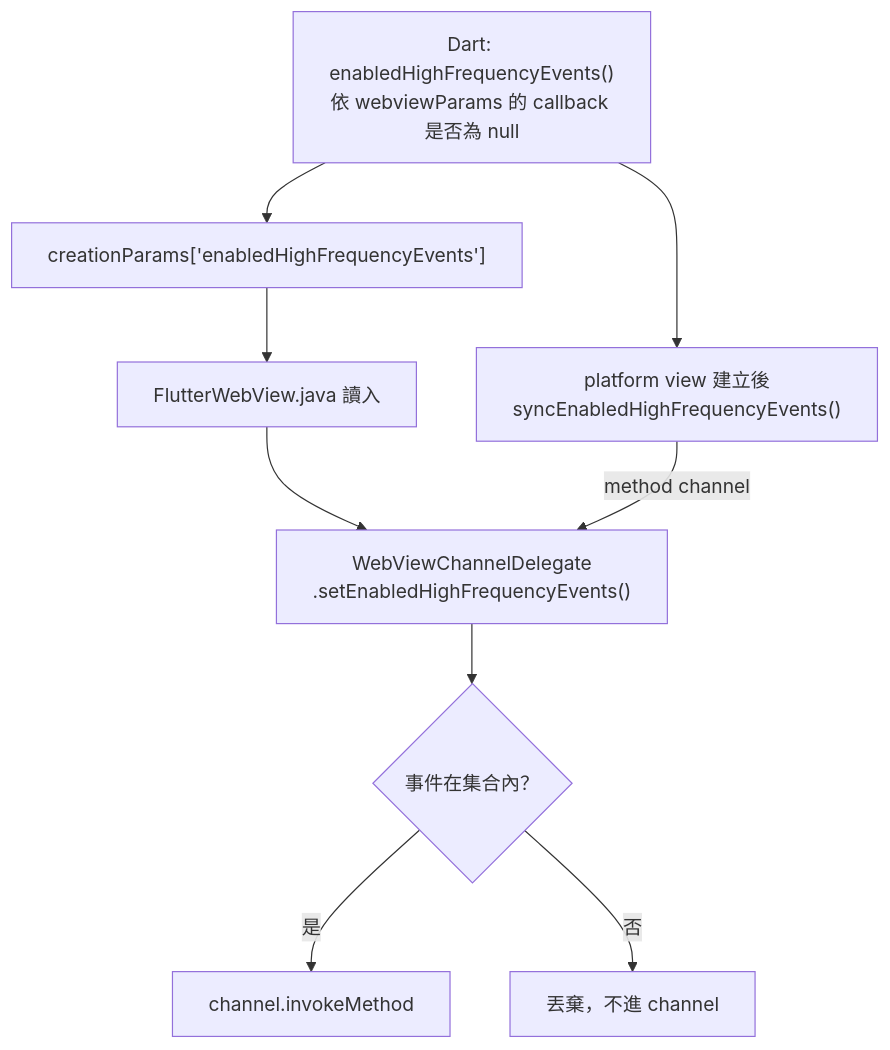
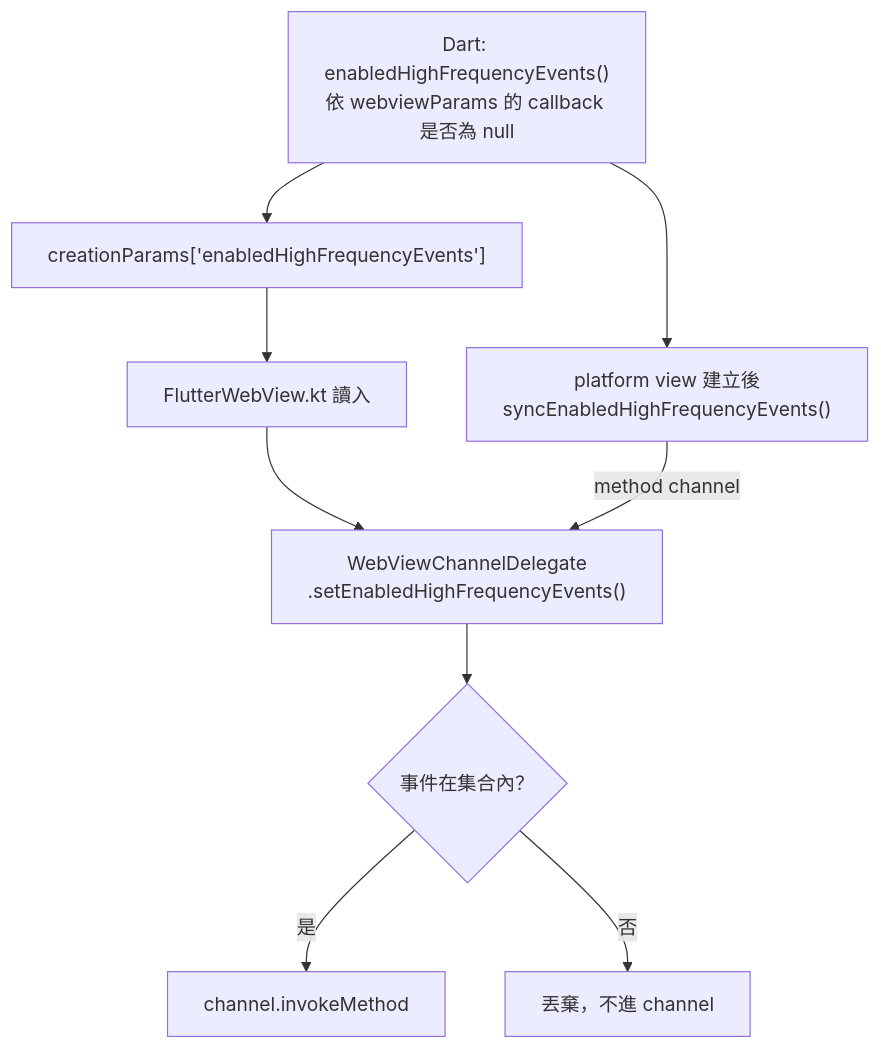
One commit to KNightING/cygnus_core changed the diagram in .kn-project/wiki/features/android-high-frequency-events.md. Above: the diagram before and after it, drawn with Mermaid. The commit also changed 4 other files, not shown here.

````diff
--- a/.kn-project/wiki/features/android-high-frequency-events.md
+++ b/.kn-project/wiki/features/android-high-frequency-events.md
@@ -19,12 +19,12 @@
 ```mermaid
 flowchart TD
   D["Dart: enabledHighFrequencyEvents()<br/>依 webviewParams 的 callback 是否為 null"]
   D --> C["creationParams['enabledHighFrequencyEvents']"]
-  C --> F["FlutterWebView.java 讀入"]
+  C --> F["FlutterWebView.kt 讀入"]
   F --> W["WebViewChannelDelegate<br/>.setEnabledHighFrequencyEvents()"]
   D --> M["platform view 建立後<br/>syncEnabledHighFrequencyEvents()"]
   M -->|"method channel"| W
   W --> G{"事件在集合內？"}
   G -->|是| I["channel.invokeMethod"]
   G -->|否| X["丟棄，不進 channel"]
 ```
````
